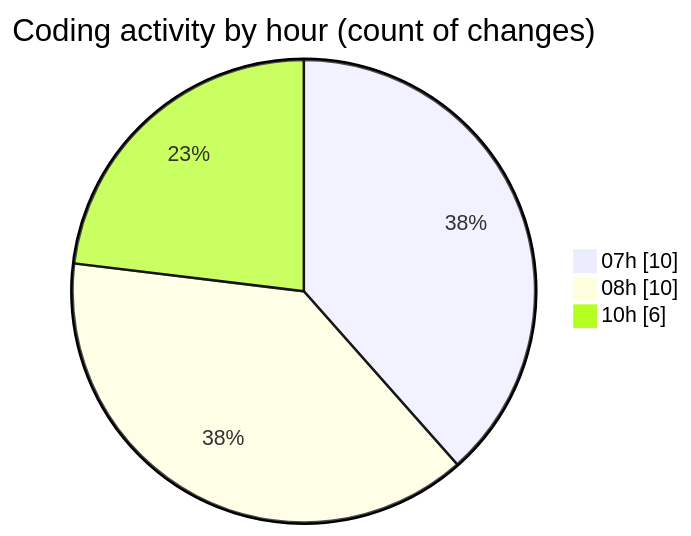
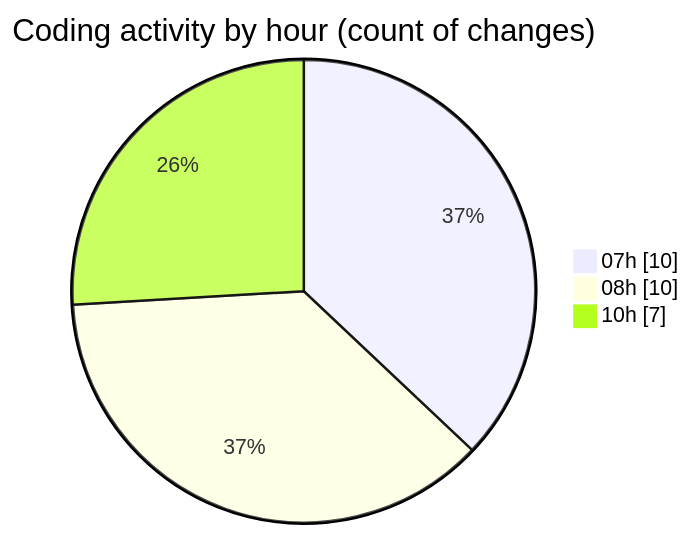
One commit to tmsrecording-cyber/code-tracking changed the second of 2 diagrams in 2026-02-08/singularitybrainai/README.md. Above: the diagram before and after it, drawn with Mermaid. The commit also changed other lines of this file and 1 other file, not shown here.

````diff
--- a/2026-02-08/singularitybrainai/README.md
+++ b/2026-02-08/singularitybrainai/README.md
@@ -35,7 +35,7 @@
 ```mermaid
 pie showData
 title Coding activity by hour (count of changes)
 "07h" : 10
 "08h" : 10
-"10h" : 6
+"10h" : 7
 ```
````
